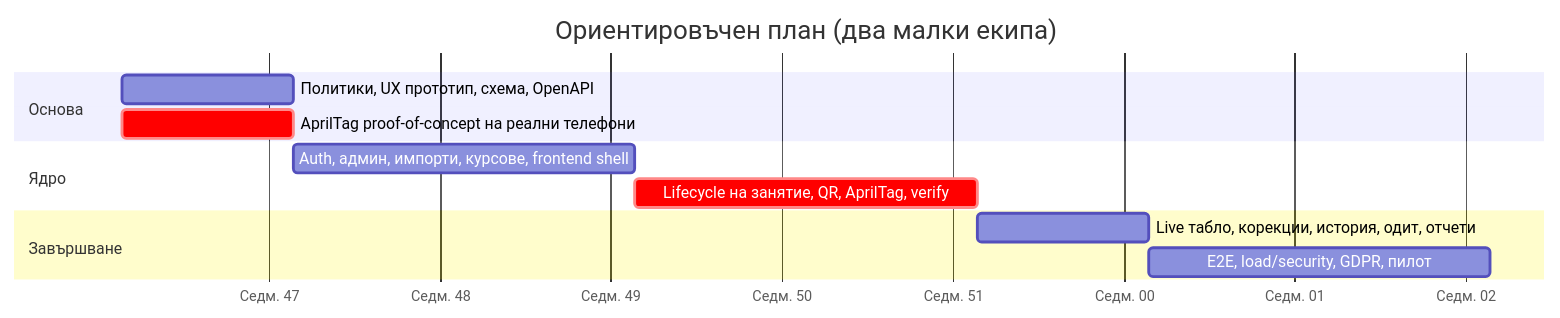
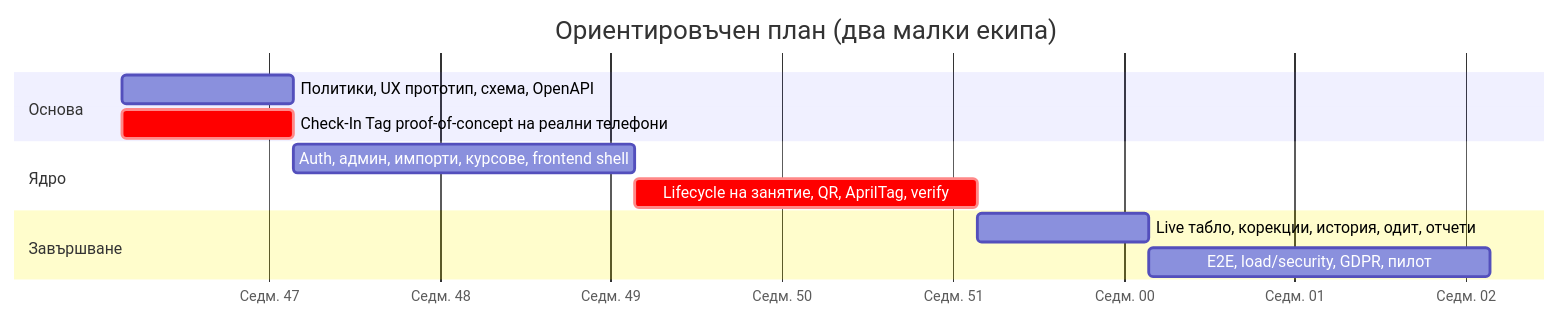
The eighth of 8 diagrams in README.md (BlagoiMurad/PamukkaleUniversityAttendancePlatform), drawn with Mermaid before and after one commit. The commit also changed other lines of this file and 4 other files, not shown here.

````diff
--- a/README.md
+++ b/README.md
@@ -493,15 +493,15 @@
 ```mermaid
 gantt
     title Ориентировъчен план (два малки екипа)
     dateFormat YYYY-MM-DD
     axisFormat Седм. %W
     section Основа
     Политики, UX прототип, схема, OpenAPI          :a1, 2026-11-23, 7d
-    AprilTag proof-of-concept на реални телефони   :crit, a2, 2026-11-23, 7d
+    Check-In Tag proof-of-concept на реални телефони   :crit, a2, 2026-11-23, 7d
     section Ядро
     Auth, админ, импорти, курсове, frontend shell  :b1, after a1, 14d
     Lifecycle на занятие, QR, AprilTag, verify     :crit, b2, after b1, 14d
     section Завършване
     Live табло, корекции, история, одит, отчети    :c1, after b2, 7d
     E2E, load/security, GDPR, пилот                :c2, after c1, 14d
 ```
````
